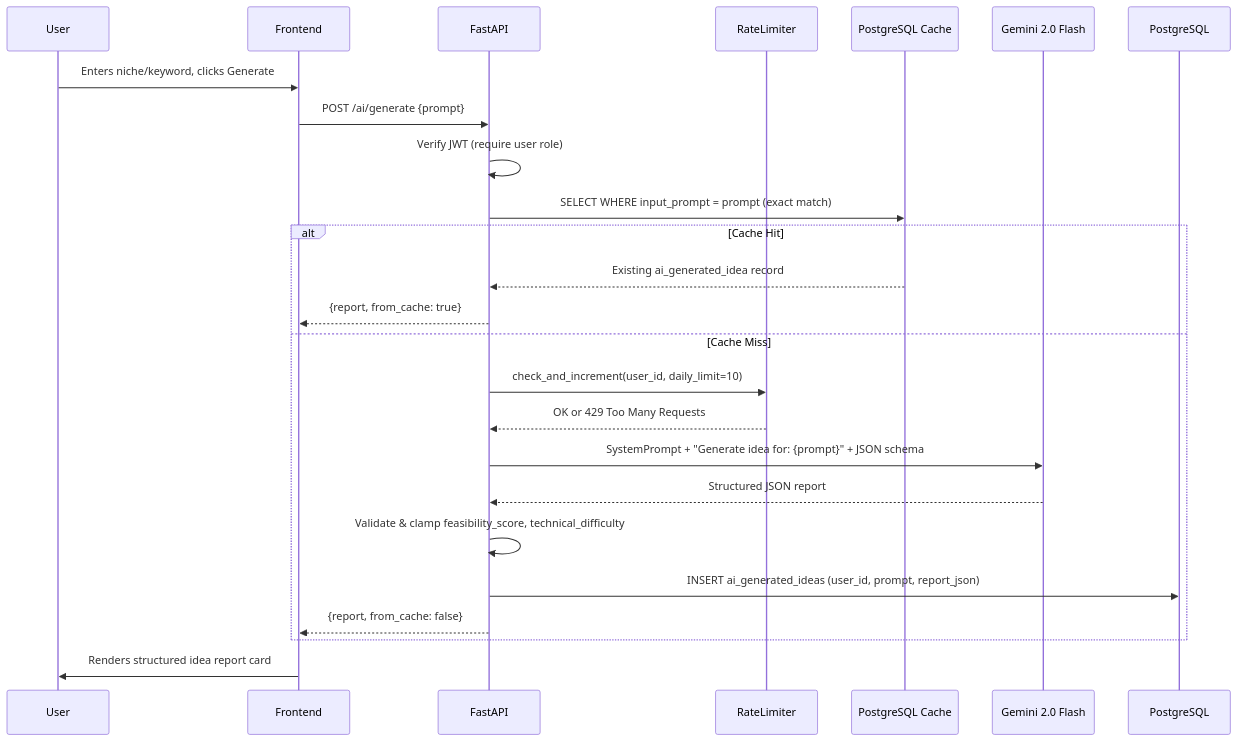
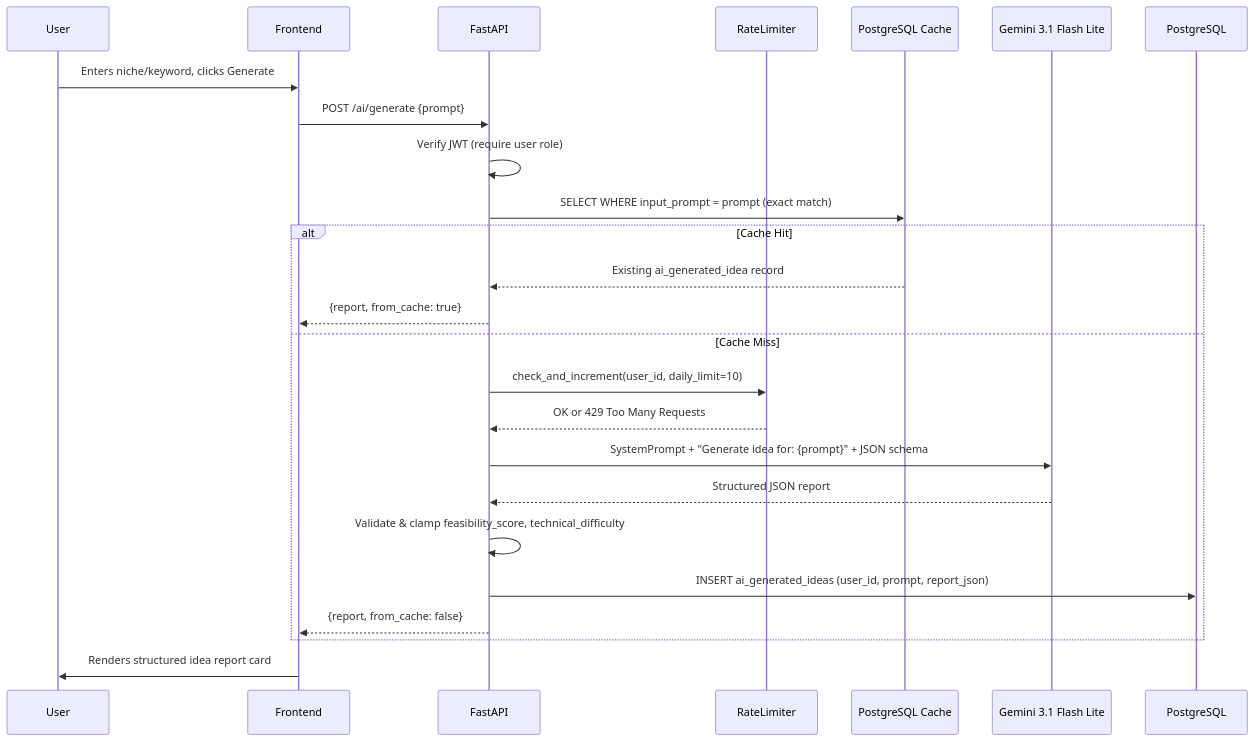
One commit to ramakrishnabalijepally-del/IdeaForge changed the seventh of 10 diagrams in docs/Architecture.md. Above: the diagram before and after it, drawn with Mermaid. The commit also changed other lines of this file and 5 other files, not shown here.

First line of the commit message:
Fix bugs, update model to gemini-3.1-flash-lite, polish submission

````diff
--- a/docs/Architecture.md
+++ b/docs/Architecture.md
@@ -250,30 +250,30 @@
 ```mermaid
 sequenceDiagram
     participant U as User
     participant FE as Frontend
     participant BE as FastAPI
     participant RATE as RateLimiter
     participant CACHE as PostgreSQL Cache
-    participant LLM as Gemini 2.0 Flash
+    participant LLM as Gemini 3.1 Flash Lite
     participant DB as PostgreSQL
 
     U->>FE: Enters niche/keyword, clicks Generate
     FE->>BE: POST /ai/generate {prompt}
     BE->>BE: Verify JWT (require user role)
     BE->>CACHE: SELECT WHERE input_prompt = prompt (exact match)
     
     alt Cache Hit
         CACHE-->>BE: Existing ai_generated_idea record
         BE-->>FE: {report, from_cache: true}
     else Cache Miss
         BE->>RATE: check_and_increment(user_id, daily_limit=10)
         RATE-->>BE: OK or 429 Too Many Requests
         BE->>LLM: SystemPrompt + "Generate idea for: {prompt}" + JSON schema
         LLM-->>BE: Structured JSON report
         BE->>BE: Validate & clamp feasibility_score, technical_difficulty
         BE->>DB: INSERT ai_generated_ideas (user_id, prompt, report_json)
         BE-->>FE: {report, from_cache: false}
     end
     
     FE->>U: Renders structured idea report card
 ```
````
